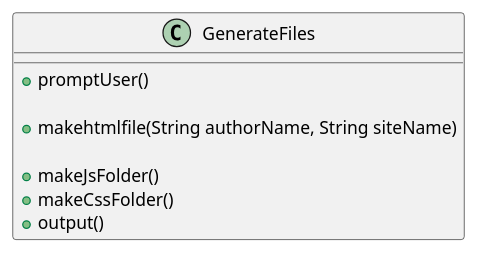
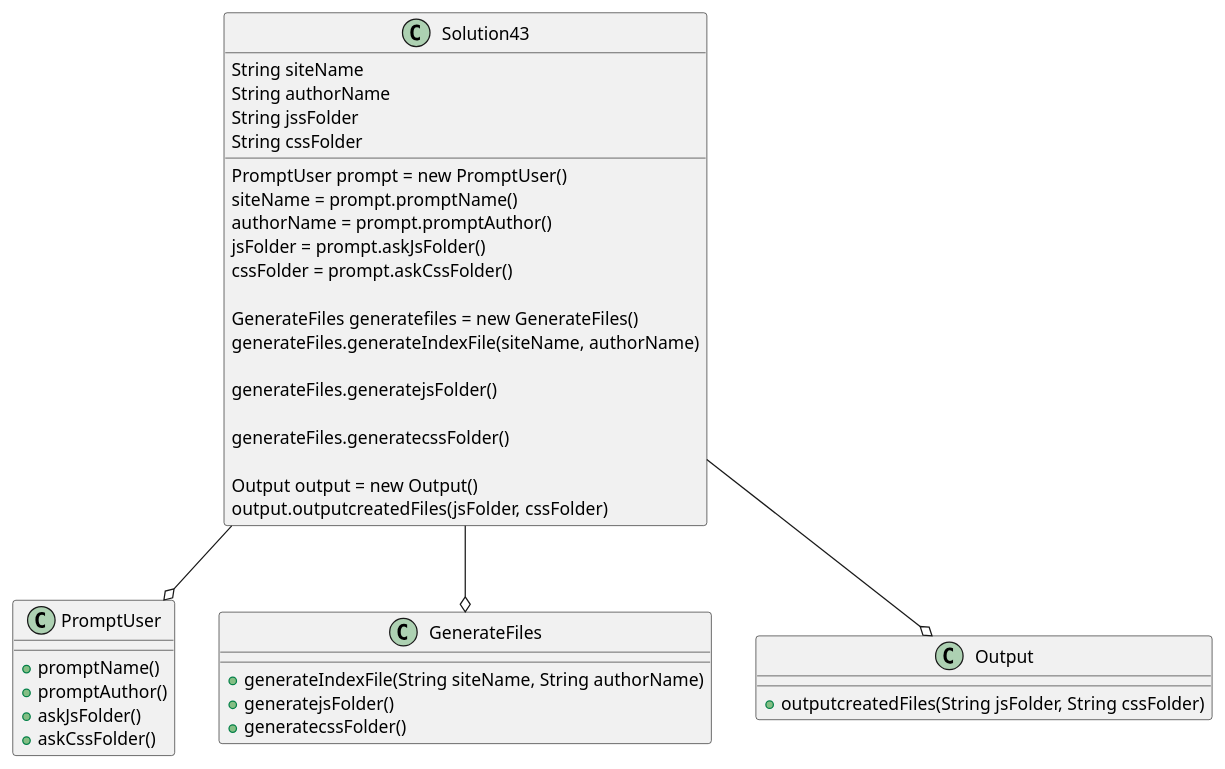
One commit to IronWarden/gadhia-a04 changed the diagram in exercise43/docs/Solution43classDiagram.puml. Above: the diagram before and after it, drawn with PlantUML. The commit also changed 7 other files, not shown here.

Commit message:
fixed uml add copyright, it compiles for me but I changed the pathing which might work for other machines idk

```diff
--- a/exercise43/docs/Solution43classDiagram.puml
+++ b/exercise43/docs/Solution43classDiagram.puml
@@ -1,14 +1,52 @@
 @startuml
+class Solution43 {
+    String siteName
+    String authorName
+    String jssFolder
+    String cssFolder
+
+    'get the input
+    PromptUser prompt = new PromptUser()
+    siteName = prompt.promptName()
+    authorName = prompt.promptAuthor()
+    jsFolder = prompt.askJsFolder()
+    cssFolder = prompt.askCssFolder()
+
+    'method to generate index files
+    GenerateFiles generatefiles = new GenerateFiles()
+    generateFiles.generateIndexFile(siteName, authorName)
+
+    ' method if user wants jsFolder
+    generateFiles.generatejsFolder()
+
+    ' method if user wants cssFolder
+    generateFiles.generatecssFolder()
+
+    Output output = new Output()
+    output.outputcreatedFiles(jsFolder, cssFolder)
+
+}
+
+Solution43 --o PromptUser
+class PromptUser {
+    +promptName()
+    +promptAuthor()
+    +askJsFolder()
+    +askCssFolder()
+
+}
+
+Solution43 --o GenerateFiles
+
 class GenerateFiles {
-    'prompt for authorName, siteName, jsFolder, cssFolder
-    +promptUser()
+    +generateIndexFile(String siteName, String authorName)
+    +generatejsFolder()
+    +generatecssFolder()
+}
 
-    +makehtmlfile(String authorName, String siteName)
+Solution43 --o Output
 
-    'if the user says 'y' make the folder
-    +makeJsFolder()
-    +makeCssFolder()
-    'output the things created
-    +output()
+class Output {
+    +outputcreatedFiles(String jsFolder, String cssFolder)
 }
 @enduml
```
